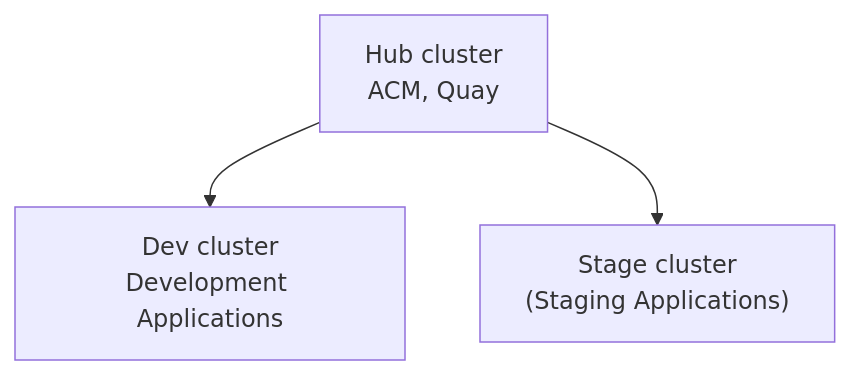
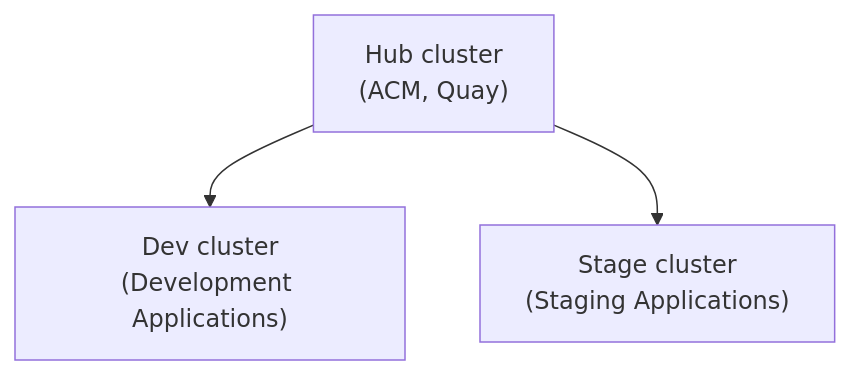
The first of 3 diagrams in profile/README.md (hello-world-gitops/.github), drawn with Mermaid before and after one commit.

Commit message:
Repeat last commit for the other two nodes

````diff
--- a/profile/README.md
+++ b/profile/README.md
@@ -20,5 +20,5 @@
 ```mermaid
 graph TD
-        Hub[Hub cluster<br />ACM, Quay] --> Dev[Dev cluster<br />Development Applications]
+        Hub["Hub cluster<br />(ACM, Quay)"] --> Dev["Dev cluster<br />(Development Applications)"]
         Hub --> Stage["Stage cluster<br />(Staging Applications)"]
 ```
````
